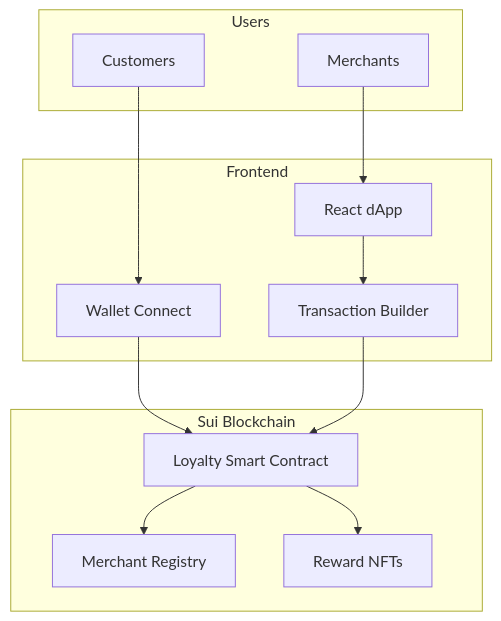
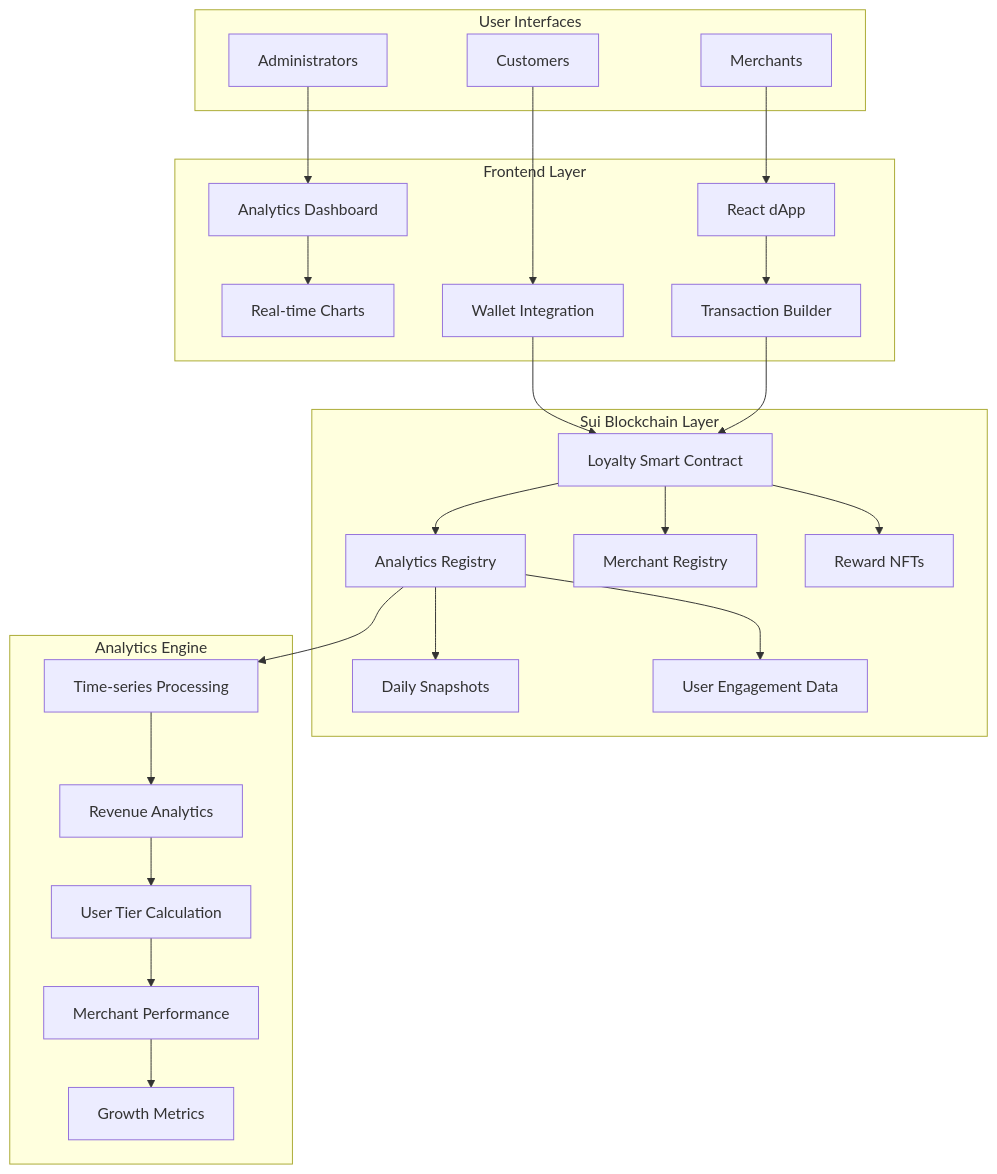
One commit to samuelcampozano/SuiLoyal-Decentralized-Loyalty-Platform changed the diagram in README.md. Above: the diagram before and after it, drawn with Mermaid. The commit also changed other lines of this file and 2 other files, not shown here.

First line of the commit message:
fix: connect analytics to real devnet data and update documentation

````diff
--- a/README.md
+++ b/README.md
@@ -37,27 +50,51 @@
 ```mermaid
 graph TB
-    subgraph "Sui Blockchain"
+    subgraph "Sui Blockchain Layer"
         A[Loyalty Smart Contract]
-        B[Merchant Registry]
-        C[Reward NFTs]
+        B[Analytics Registry]
+        C[Merchant Registry]
+        D[Reward NFTs]
+        E[Daily Snapshots]
+        F[User Engagement Data]
     end
     
-    subgraph "Frontend"
-        D[React dApp]
-        E[Wallet Connect]
-        F[Transaction Builder]
+    subgraph "Analytics Engine"
+        G[Time-series Processing]
+        H[Revenue Analytics]
+        I[User Tier Calculation]
+        J[Merchant Performance]
+        K[Growth Metrics]
     end
     
-    subgraph "Users"
-        G[Customers]
-        H[Merchants]
+    subgraph "Frontend Layer"
+        L[React dApp]
+        M[Analytics Dashboard]
+        N[Real-time Charts]
+        O[Wallet Integration]
+        P[Transaction Builder]
     end
     
-    G --> E
-    H --> D
-    E --> A
-    D --> F
-    F --> A
+    subgraph "User Interfaces"
+        Q[Customers]
+        R[Merchants]
+        S[Administrators]
+    end
+    
+    Q --> O
+    R --> L
+    S --> M
+    O --> A
+    L --> P
+    P --> A
     A --> B
     A --> C
+    A --> D
+    B --> E
+    B --> F
+    G --> H
+    H --> I
+    I --> J
+    J --> K
+    M --> N
+    B --> G
 ```
````
